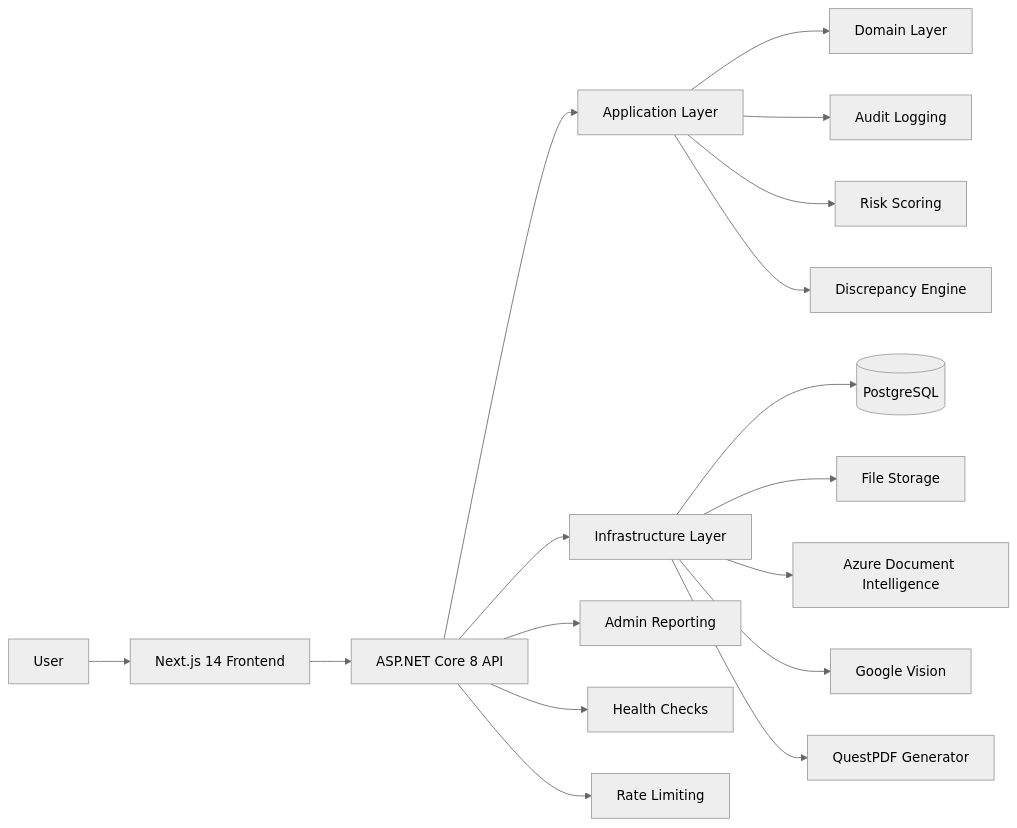
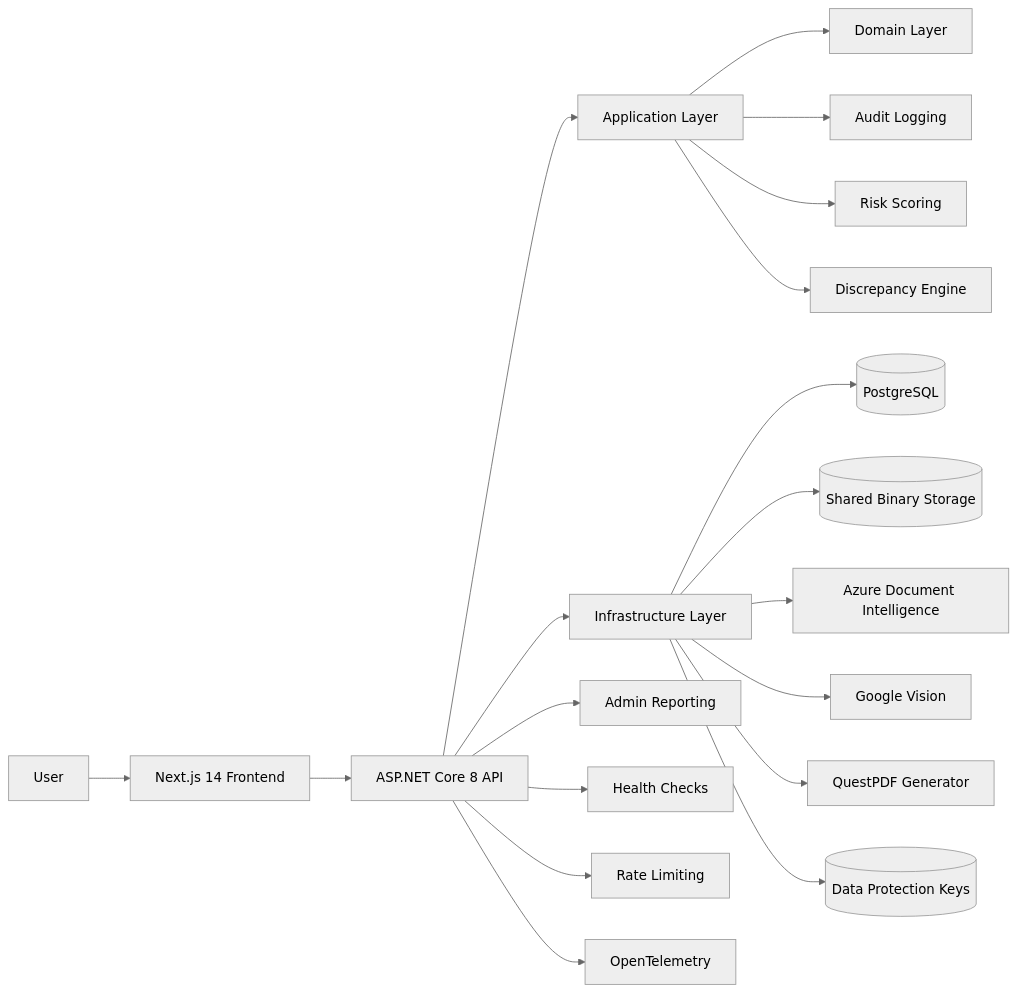
The diagram in README.md (Marothi-Mohale/price-proof-sa), drawn with Mermaid (neutral theme) before and after one commit. The commit also changed other lines of this file and 71 other files, not shown here.

````diff
--- a/README.md
+++ b/README.md
@@ -47,23 +50,25 @@
 ```mermaid
 flowchart LR
     U[User] --> F[Next.js 14 Frontend]
     F --> A[ASP.NET Core 8 API]
 
     A --> AP[Application Layer]
     AP --> D[Domain Layer]
     A --> I[Infrastructure Layer]
 
     I --> DB[(PostgreSQL)]
-    I --> FS[File Storage]
+    I --> BIN[(Shared Binary Storage)]
     I --> OCR1[Azure Document Intelligence]
     I --> OCR2[Google Vision]
     I --> PDF[QuestPDF Generator]
+    I --> KEYS[(Data Protection Keys)]
 
     AP --> AUD[Audit Logging]
     AP --> RISK[Risk Scoring]
     AP --> ANALYSIS[Discrepancy Engine]
 
     A --> ADMIN[Admin Reporting]
     A --> HC[Health Checks]
     A --> RL[Rate Limiting]
+    A --> OTEL[OpenTelemetry]
 ```
````
